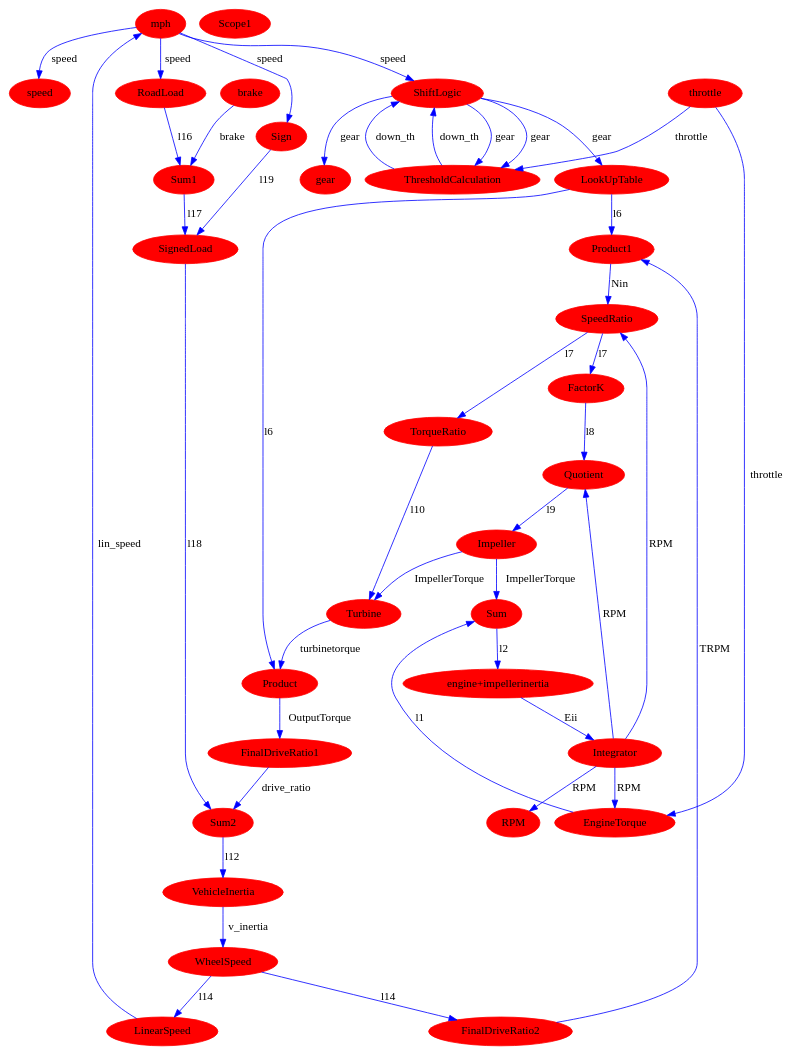
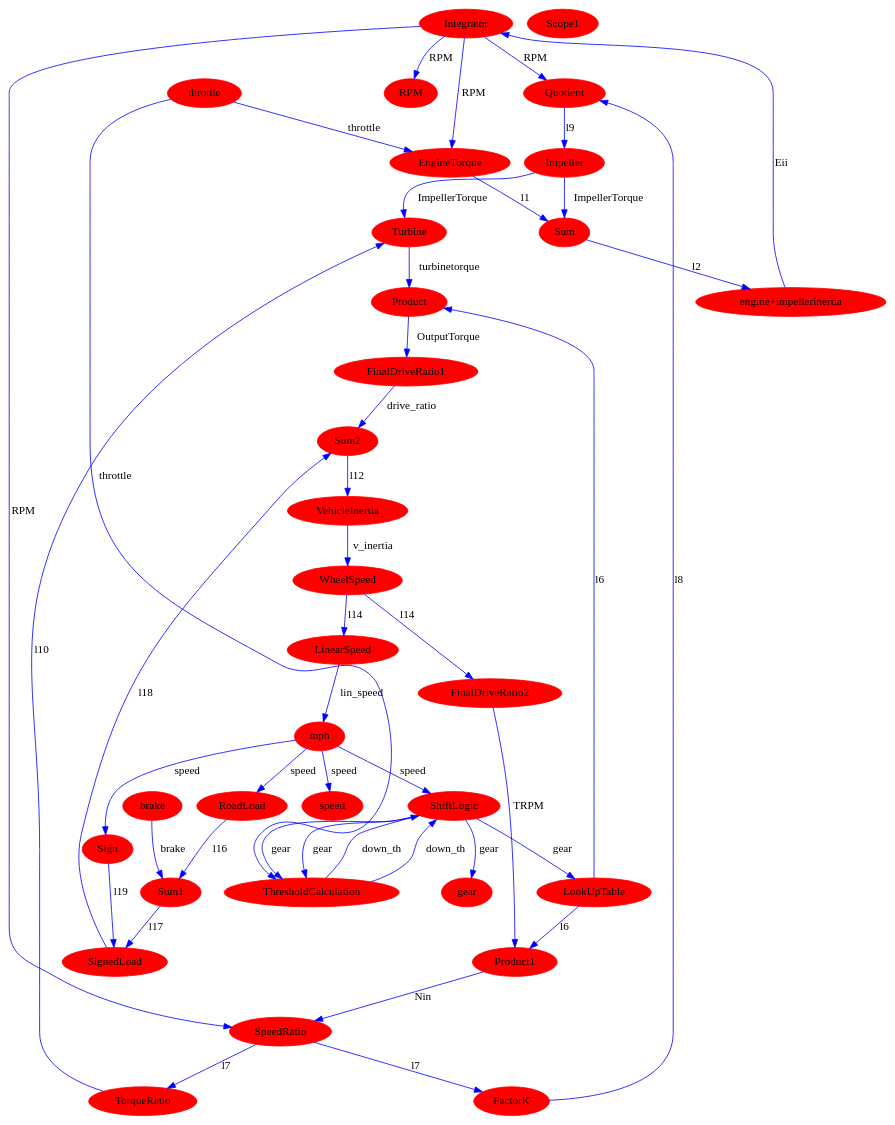
The diagram in src/main.dot (ciniks117/BLARS), drawn with Graphviz before and after one commit. The commit also changed other lines of this file and 6 other files, not shown here.

```diff
--- a/src/main.dot
+++ b/src/main.dot
@@ -1,77 +1,77 @@
 digraph  {
+Integrator [color=red, fillcolor=red, style=filled];
+EngineTorque [color=red, fillcolor=red, style=filled];
+LinearSpeed [color=red, fillcolor=red, style=filled];
+SignedLoad [color=red, fillcolor=red, style=filled];
+Product1 [color=red, fillcolor=red, style=filled];
+Product [color=red, fillcolor=red, style=filled];
+mph [color=red, fillcolor=red, style=filled];
+Quotient [color=red, fillcolor=red, style=filled];
 speed [color=red, fillcolor=red, style=filled];
+RPM [color=red, fillcolor=red, style=filled];
+Scope1 [color=red, fillcolor=red, style=filled];
+Sum [color=red, fillcolor=red, style=filled];
 SpeedRatio [color=red, fillcolor=red, style=filled];
 FactorK [color=red, fillcolor=red, style=filled];
-EngineTorque [color=red, fillcolor=red, style=filled];
+brake [color=red, fillcolor=red, style=filled];
+FinalDriveRatio1 [color=red, fillcolor=red, style=filled];
+WheelSpeed [color=red, fillcolor=red, style=filled];
+Turbine [color=red, fillcolor=red, style=filled];
+Impeller [color=red, fillcolor=red, style=filled];
+Sum2 [color=red, fillcolor=red, style=filled];
+gear [color=red, fillcolor=red, style=filled];
+FinalDriveRatio2 [color=red, fillcolor=red, style=filled];
+Sum1 [color=red, fillcolor=red, style=filled];
+LookUpTable [color=red, fillcolor=red, style=filled];
+RoadLoad [color=red, fillcolor=red, style=filled];
+TorqueRatio [color=red, fillcolor=red, style=filled];
+"engine+impellerinertia" [color=red, fillcolor=red, style=filled];
+VehicleInertia [color=red, fillcolor=red, style=filled];
+ThresholdCalculation [color=red, fillcolor=red, style=filled];
+throttle [color=red, fillcolor=red, style=filled];
+Sign [color=red, fillcolor=red, style=filled];
 ShiftLogic [color=red, fillcolor=red, style=filled];
-Impeller [color=red, fillcolor=red, style=filled];
-LookUpTable [color=red, fillcolor=red, style=filled];
-ThresholdCalculation [color=red, fillcolor=red, style=filled];
-Product1 [color=red, fillcolor=red, style=filled];
-RPM [color=red, fillcolor=red, style=filled];
-Turbine [color=red, fillcolor=red, style=filled];
-Sum1 [color=red, fillcolor=red, style=filled];
-FinalDriveRatio2 [color=red, fillcolor=red, style=filled];
-gear [color=red, fillcolor=red, style=filled];
-TorqueRatio [color=red, fillcolor=red, style=filled];
-throttle [color=red, fillcolor=red, style=filled];
-Sum [color=red, fillcolor=red, style=filled];
-LinearSpeed [color=red, fillcolor=red, style=filled];
-FinalDriveRatio1 [color=red, fillcolor=red, style=filled];
-Sum2 [color=red, fillcolor=red, style=filled];
-Scope1 [color=red, fillcolor=red, style=filled];
-mph [color=red, fillcolor=red, style=filled];
-RoadLoad [color=red, fillcolor=red, style=filled];
-Product [color=red, fillcolor=red, style=filled];
-WheelSpeed [color=red, fillcolor=red, style=filled];
-Sign [color=red, fillcolor=red, style=filled];
-brake [color=red, fillcolor=red, style=filled];
-VehicleInertia [color=red, fillcolor=red, style=filled];
-SignedLoad [color=red, fillcolor=red, style=filled];
-Quotient [color=red, fillcolor=red, style=filled];
-Integrator [color=red, fillcolor=red, style=filled];
-"engine+impellerinertia" [color=red, fillcolor=red, style=filled];
+Integrator -> RPM  [color=blue, key=0, label=RPM];
+Integrator -> EngineTorque  [color=blue, key=0, label=RPM];
+Integrator -> Quotient  [color=blue, key=0, label=RPM];
+Integrator -> SpeedRatio  [color=blue, key=0, label=RPM];
+EngineTorque -> Sum  [color=blue, key=0, label=l1];
+LinearSpeed -> mph  [color=blue, key=0, label=lin_speed];
+SignedLoad -> Sum2  [color=blue, key=0, label=l18];
+Product1 -> SpeedRatio  [color=blue, key=0, label=Nin];
+Product -> FinalDriveRatio1  [color=blue, key=0, label=OutputTorque];
+mph -> RoadLoad  [color=blue, key=0, label=speed];
+mph -> Sign  [color=blue, key=0, label=speed];
+mph -> ShiftLogic  [color=blue, key=0, label=speed];
+mph -> speed  [color=blue, key=0, label=speed];
+Quotient -> Impeller  [color=blue, key=0, label=l9];
+Sum -> "engine+impellerinertia"  [color=blue, key=0, label=l2];
 SpeedRatio -> TorqueRatio  [color=blue, key=0, label=l7];
 SpeedRatio -> FactorK  [color=blue, key=0, label=l7];
 FactorK -> Quotient  [color=blue, key=0, label=l8];
-EngineTorque -> Sum  [color=blue, key=0, label=l1];
+brake -> Sum1  [color=blue, key=0, label=brake];
+FinalDriveRatio1 -> Sum2  [color=blue, key=0, label=drive_ratio];
+WheelSpeed -> LinearSpeed  [color=blue, key=0, label=l14];
+WheelSpeed -> FinalDriveRatio2  [color=blue, key=0, label=l14];
+Turbine -> Product  [color=blue, key=0, label=turbinetorque];
+Impeller -> Sum  [color=blue, key=0, label=ImpellerTorque];
+Impeller -> Turbine  [color=blue, key=0, label=ImpellerTorque];
+Sum2 -> VehicleInertia  [color=blue, key=0, label=l12];
+FinalDriveRatio2 -> Product1  [color=blue, key=0, label=TRPM];
+Sum1 -> SignedLoad  [color=blue, key=0, label=l17];
+LookUpTable -> Product  [color=blue, key=0, label=l6];
+LookUpTable -> Product1  [color=blue, key=0, label=l6];
+RoadLoad -> Sum1  [color=blue, key=0, label=l16];
+TorqueRatio -> Turbine  [color=blue, key=0, label=l10];
+"engine+impellerinertia" -> Integrator  [color=blue, key=0, label=Eii];
+VehicleInertia -> WheelSpeed  [color=blue, key=0, label=v_inertia];
+ThresholdCalculation -> ShiftLogic  [color=blue, key=0, label=down_th];
+ThresholdCalculation -> ShiftLogic  [color=blue, key=1, label=down_th];
+throttle -> EngineTorque  [color=blue, key=0, label=throttle];
+throttle -> ThresholdCalculation  [color=blue, key=0, label=throttle];
+Sign -> SignedLoad  [color=blue, key=0, label=l19];
 ShiftLogic -> gear  [color=blue, key=0, label=gear];
 ShiftLogic -> LookUpTable  [color=blue, key=0, label=gear];
 ShiftLogic -> ThresholdCalculation  [color=blue, key=0, label=gear];
 ShiftLogic -> ThresholdCalculation  [color=blue, key=1, label=gear];
-Impeller -> Turbine  [color=blue, key=0, label=ImpellerTorque];
-Impeller -> Sum  [color=blue, key=0, label=ImpellerTorque];
-LookUpTable -> Product  [color=blue, key=0, label=l6];
-LookUpTable -> Product1  [color=blue, key=0, label=l6];
-ThresholdCalculation -> ShiftLogic  [color=blue, key=0, label=down_th];
-ThresholdCalculation -> ShiftLogic  [color=blue, key=1, label=down_th];
-Product1 -> SpeedRatio  [color=blue, key=0, label=Nin];
-Turbine -> Product  [color=blue, key=0, label=turbinetorque];
-Sum1 -> SignedLoad  [color=blue, key=0, label=l17];
-FinalDriveRatio2 -> Product1  [color=blue, key=0, label=TRPM];
-TorqueRatio -> Turbine  [color=blue, key=0, label=l10];
-throttle -> ThresholdCalculation  [color=blue, key=0, label=throttle];
-throttle -> EngineTorque  [color=blue, key=0, label=throttle];
-Sum -> "engine+impellerinertia"  [color=blue, key=0, label=l2];
-LinearSpeed -> mph  [color=blue, key=0, label=lin_speed];
-FinalDriveRatio1 -> Sum2  [color=blue, key=0, label=drive_ratio];
-Sum2 -> VehicleInertia  [color=blue, key=0, label=l12];
-mph -> ShiftLogic  [color=blue, key=0, label=speed];
-mph -> speed  [color=blue, key=0, label=speed];
-mph -> Sign  [color=blue, key=0, label=speed];
-mph -> RoadLoad  [color=blue, key=0, label=speed];
-RoadLoad -> Sum1  [color=blue, key=0, label=l16];
-Product -> FinalDriveRatio1  [color=blue, key=0, label=OutputTorque];
-WheelSpeed -> LinearSpeed  [color=blue, key=0, label=l14];
-WheelSpeed -> FinalDriveRatio2  [color=blue, key=0, label=l14];
-Sign -> SignedLoad  [color=blue, key=0, label=l19];
-brake -> Sum1  [color=blue, key=0, label=brake];
-VehicleInertia -> WheelSpeed  [color=blue, key=0, label=v_inertia];
-SignedLoad -> Sum2  [color=blue, key=0, label=l18];
-Quotient -> Impeller  [color=blue, key=0, label=l9];
-Integrator -> Quotient  [color=blue, key=0, label=RPM];
-Integrator -> RPM  [color=blue, key=0, label=RPM];
-Integrator -> SpeedRatio  [color=blue, key=0, label=RPM];
-Integrator -> EngineTorque  [color=blue, key=0, label=RPM];
-"engine+impellerinertia" -> Integrator  [color=blue, key=0, label=Eii];
 }
```
